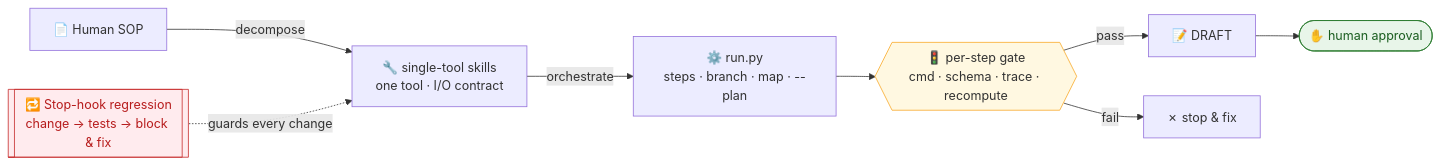
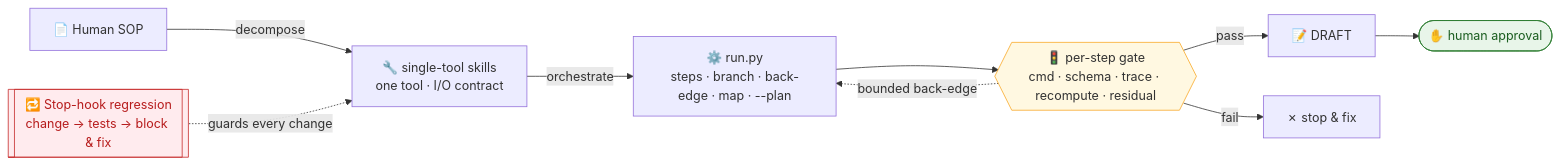
The first of 2 diagrams in README.md (s0912758806p/agentic-sop-to-work), drawn with Mermaid before and after one commit. The commit also changed other lines of this file and 44 other files, not shown here.

````diff
--- a/README.md
+++ b/README.md
@@ -25,23 +28,24 @@
 ```mermaid
 flowchart LR
     SOP["📄 Human SOP"]
     SK["🔧 single-tool skills<br/>one tool · I/O contract"]
-    RUN["⚙️ run.py<br/>steps · branch · map · --plan"]
-    G{{"🚦 per-step gate<br/>cmd · schema · trace · recompute"}}
+    RUN["⚙️ run.py<br/>steps · branch · back-edge · map · --plan"]
+    G{{"🚦 per-step gate<br/>cmd · schema · trace · recompute · residual"}}
     DR["📝 DRAFT"]
     OK(["✋ human approval"])
     STOPN["✗ stop & fix"]
     REG[["🔁 Stop-hook regression<br/>change → tests → block & fix"]]
 
     SOP -- decompose --> SK
     SK -- orchestrate --> RUN
     RUN --> G
     G -- pass --> DR
     DR --> OK
     G -- fail --> STOPN
+    G -. bounded back-edge .-> RUN
     REG -. guards every change .-> SK
 
     style OK fill:#E8F5E9,stroke:#2E7D32,color:#1B5E20
     style G fill:#FFF8E1,stroke:#F9A825
     style REG fill:#FFEBEE,stroke:#C62828,color:#B71C1C
 ```
````
